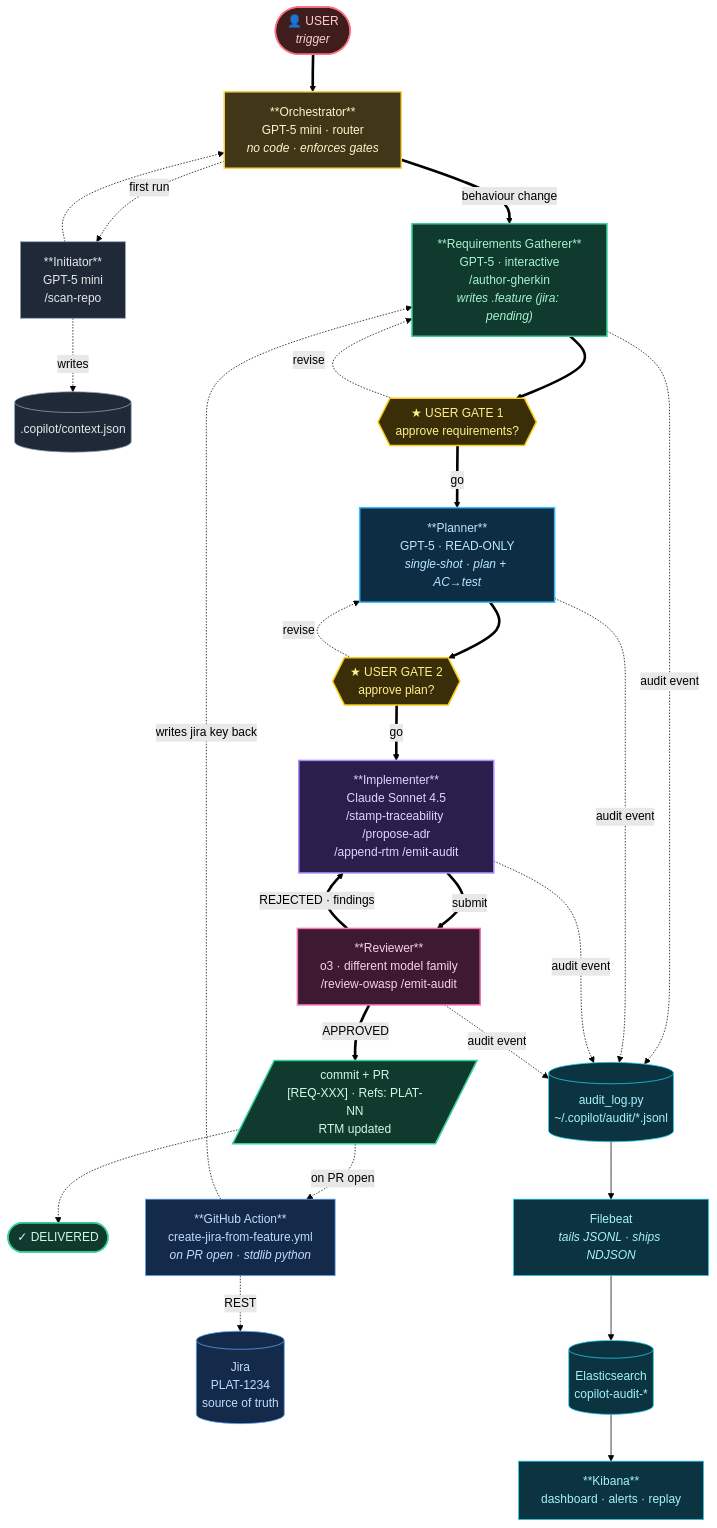
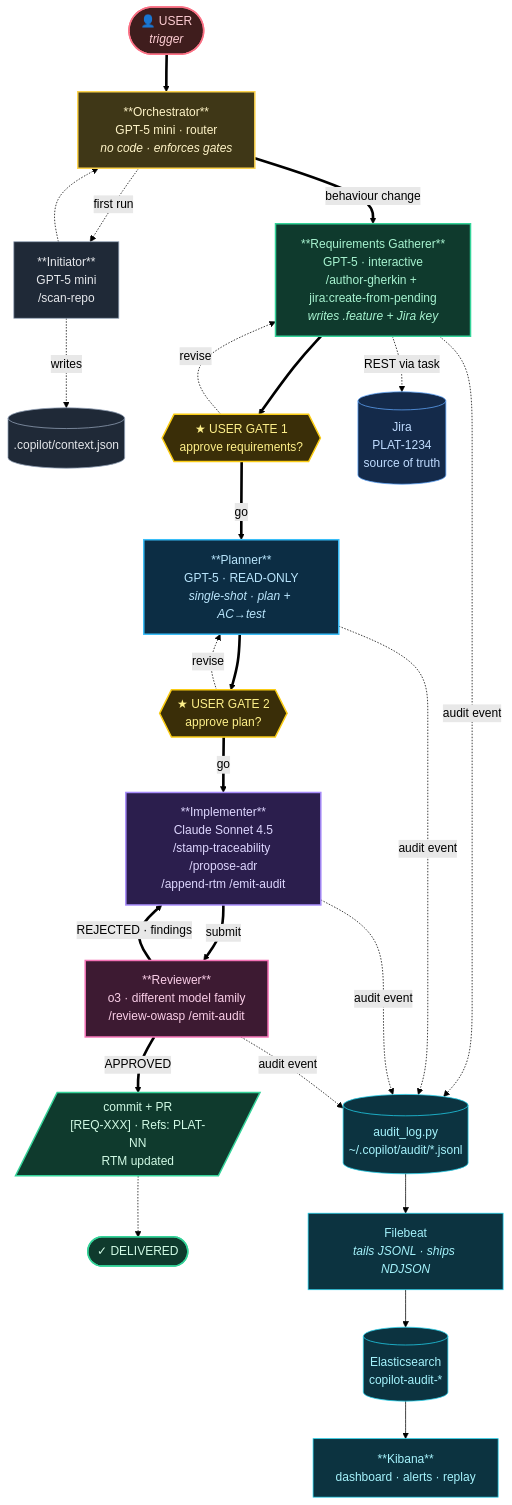
One commit to junaidkz/SDLC changed the diagram in docs/workflow.md. Above: the diagram before and after it, drawn with Mermaid (forest theme). The commit also changed 38 other files, not shown here.

First line of the commit message:
Refactor Jira issue creation process in Requirements Gatherer

````diff
--- a/docs/workflow.md
+++ b/docs/workflow.md
@@ -5,69 +5,66 @@
 ```mermaid
 flowchart TD
     classDef user fill:#3f1d1d,stroke:#FB7185,color:#FECDD3,stroke-width:2px
     classDef router fill:#3f3717,stroke:#FCD34D,color:#FEF3C7,stroke-width:2px
     classDef util fill:#1f2937,stroke:#94A3B8,color:#E5E7EB,stroke-width:1px
     classDef rg fill:#0f3a2d,stroke:#34D399,color:#A7F3D0,stroke-width:2px
     classDef plan fill:#0c2d44,stroke:#38BDF8,color:#BAE6FD,stroke-width:2px
     classDef impl fill:#2b1e4d,stroke:#A78BFA,color:#DDD6FE,stroke-width:2px
     classDef rev fill:#3d1a32,stroke:#F472B6,color:#FBCFE8,stroke-width:2px
     classDef gate fill:#3a2e08,stroke:#FACC15,color:#FEF08A,stroke-width:2px
     classDef audit fill:#0c3340,stroke:#22D3EE,color:#A5F3FC,stroke-width:1px
     classDef jira fill:#142a4a,stroke:#60A5FA,color:#BFDBFE,stroke-width:1px
     classDef done fill:#0f3a2d,stroke:#34D399,color:#D1FAE5,stroke-width:2px
 
     USER(["👤 USER<br/><i>trigger</i>"]):::user
 
     ORCH["**Orchestrator**<br/>GPT-5 mini · router<br/><i>no code · enforces gates</i>"]:::router
     INIT["**Initiator**<br/>GPT-5 mini<br/>/scan-repo"]:::util
     CTX[(".copilot/context.json")]:::util
 
-    RG["**Requirements Gatherer**<br/>GPT-5 · interactive<br/>/author-gherkin<br/><i>writes .feature (jira: pending)</i>"]:::rg
+    RG["**Requirements Gatherer**<br/>GPT-5 · interactive<br/>/author-gherkin + jira:create-from-pending<br/><i>writes .feature + Jira key</i>"]:::rg
     GATE1{{"★ USER GATE 1<br/>approve requirements?"}}:::gate
 
     PLAN["**Planner**<br/>GPT-5 · READ-ONLY<br/><i>single-shot · plan + AC→test</i>"]:::plan
     GATE2{{"★ USER GATE 2<br/>approve plan?"}}:::gate
 
     IMPL["**Implementer**<br/>Claude Sonnet 4.5<br/>/stamp-traceability /propose-adr<br/>/append-rtm /emit-audit"]:::impl
     REV["**Reviewer**<br/>o3 · different model family<br/>/review-owasp /emit-audit"]:::rev
 
     COMMIT[/"commit + PR<br/>[REQ-XXX] · Refs: PLAT-NN<br/>RTM updated"/]:::done
     DONE(["✓ DELIVERED"]):::done
 
-    GHA["**GitHub Action**<br/>create-jira-from-feature.yml<br/><i>on PR open · stdlib python</i>"]:::jira
     JIRA[("Jira<br/>PLAT-1234<br/>source of truth")]:::jira
 
     JSONL[("audit_log.py<br/>~/.copilot/audit/*.jsonl")]:::audit
     FILEBEAT["Filebeat<br/><i>tails JSONL · ships NDJSON</i>"]:::audit
     ES[("Elasticsearch<br/>copilot-audit-*")]:::audit
     KIBANA["**Kibana**<br/>dashboard · alerts · replay"]:::audit
 
     USER ==> ORCH
     ORCH -.->|first run| INIT
     INIT -.->|writes| CTX
     INIT -.-> ORCH
     ORCH ==>|behaviour change| RG
 
     RG ==> GATE1
     GATE1 -.->|revise| RG
     GATE1 ==>|go| PLAN
 
     PLAN ==> GATE2
     GATE2 -.->|revise| PLAN
     GATE2 ==>|go| IMPL
 
     IMPL ==>|submit| REV
     REV ==>|REJECTED · findings| IMPL
     REV ==>|APPROVED| COMMIT
     COMMIT -.-> DONE
 
-    COMMIT -.->|on PR open| GHA
-    GHA -.->|REST| JIRA
-    GHA -.->|writes jira key back| RG
+    RG -.->|REST via task| JIRA
 
     RG -.->|audit event| JSONL
     PLAN -.->|audit event| JSONL
     IMPL -.->|audit event| JSONL
     REV -.->|audit event| JSONL
     JSONL --> FILEBEAT --> ES --> KIBANA
 ```
````
